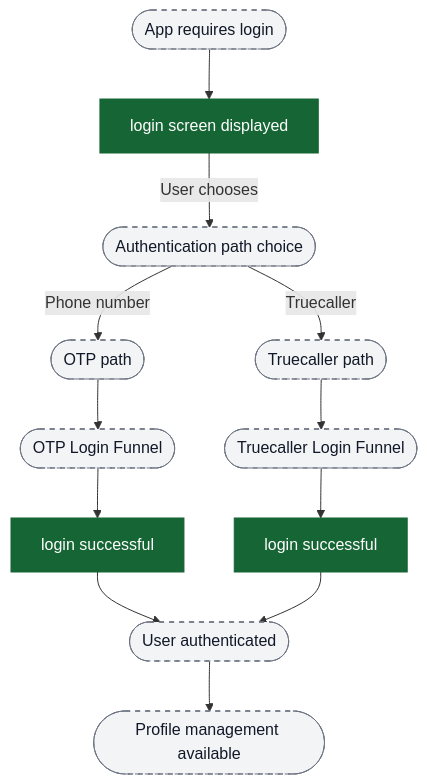
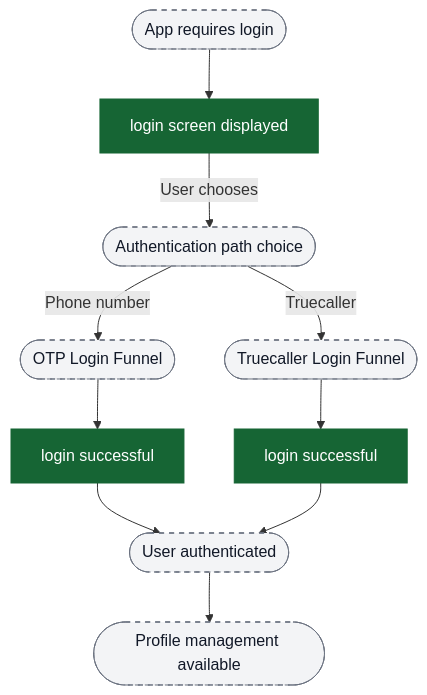
Before and after one commit to ratulsarna/chalo-app-dashboard: the second of 5 diagrams in content/analytics/authentication/flow-diagrams.md, drawn with Mermaid. The commit also changed 1 other file, not shown here.

Commit message:
docs(analytics): link authentication sub-diagrams (#12)
* docs(analytics): link authentication sub-diagrams

Add %%chalo:diagram-link directives in authentication flow diagrams and add Playwright coverage.

* docs(analytics): simplify auth overview diagram

Remove redundant OTP/Truecaller path nodes in the authentication overview diagram.

````diff
--- a/content/analytics/authentication/flow-diagrams.md
+++ b/content/analytics/authentication/flow-diagrams.md
@@ -32,27 +32,27 @@
 ```mermaid
 flowchart TD
+  %%chalo:diagram-link funnel_otp -> title:Funnel 1: OTP-based login (phone number)
+  %%chalo:diagram-link funnel_truecaller -> title:Funnel 2: Truecaller login
+  %%chalo:diagram-link ui_profileAccess -> title:Funnel 3: User profile management (post-authentication)
   ui_entry([App requires login]) --> ev_loginScreen["login screen displayed"]
 
   ev_loginScreen -->|User chooses| ui_pathChoice([Authentication path choice])
 
-  ui_pathChoice -->|Phone number| ui_otpPath([OTP path])
-  ui_pathChoice -->|Truecaller| ui_truecallerPath([Truecaller path])
-
-  ui_otpPath --> funnel_otp([OTP Login Funnel])
-  ui_truecallerPath --> funnel_truecaller([Truecaller Login Funnel])
+  ui_pathChoice -->|Phone number| funnel_otp([OTP Login Funnel])
+  ui_pathChoice -->|Truecaller| funnel_truecaller([Truecaller Login Funnel])
 
   funnel_otp --> ev_loginSuccess1["login successful"]
   funnel_truecaller --> ev_loginSuccess2["login successful"]
 
   ev_loginSuccess1 --> ui_authenticated([User authenticated])
   ev_loginSuccess2 --> ui_authenticated
 
   ui_authenticated --> ui_profileAccess([Profile management available])
 
   classDef event fill:#166534,stroke:#166534,color:#ffffff;
   classDef ui fill:#f3f4f6,stroke:#6b7280,stroke-dasharray: 5 5,color:#111827;
   classDef external fill:#ffffff,stroke:#6b7280,stroke-dasharray: 3 3,color:#111827;
 
   class ev_loginScreen,ev_loginSuccess1,ev_loginSuccess2 event;
-  class ui_entry,ui_pathChoice,ui_otpPath,ui_truecallerPath,ui_authenticated,ui_profileAccess,funnel_otp,funnel_truecaller ui;
+  class ui_entry,ui_pathChoice,ui_authenticated,ui_profileAccess,funnel_otp,funnel_truecaller ui;
 ```
````
